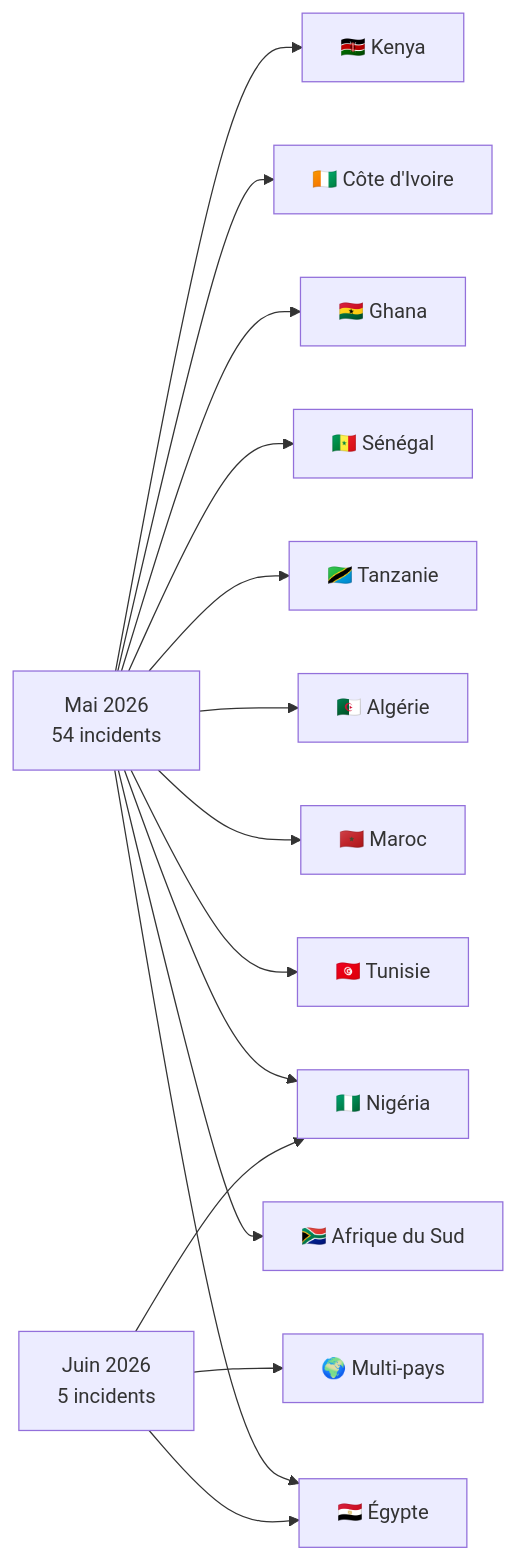
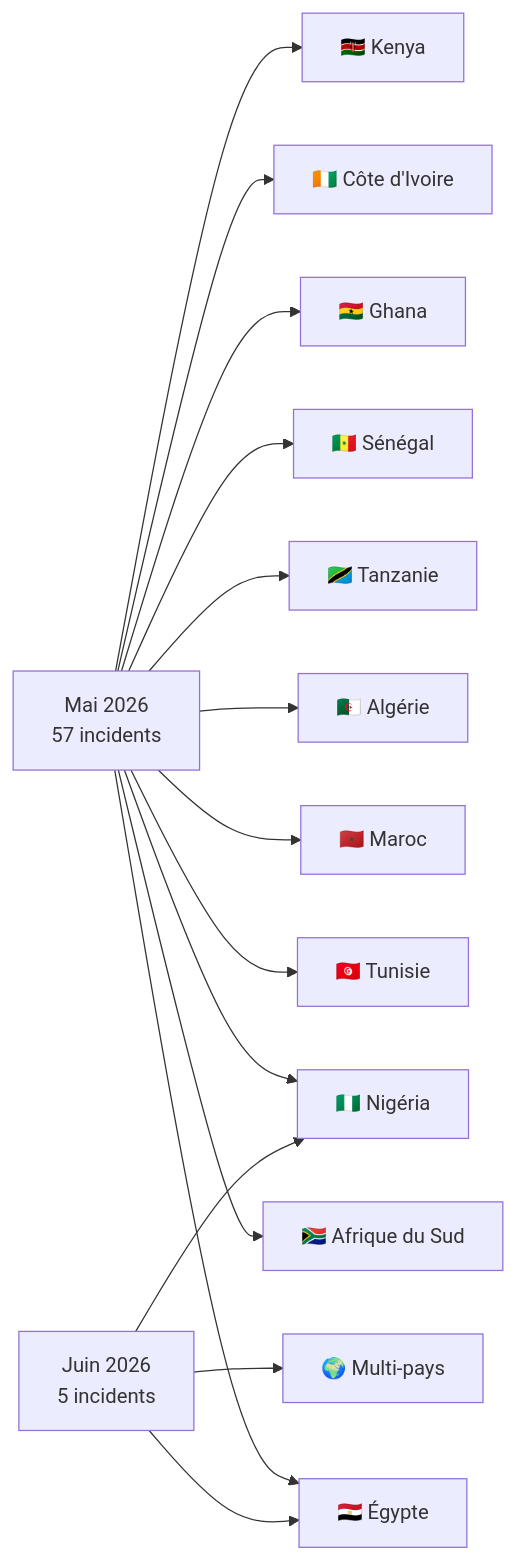
One commit to Hatchepsoute/AFRINTEL changed the fourth of 5 diagrams in comparison/2026/05-may-june/README_FR.md. Above: the diagram before and after it, drawn with Mermaid. The commit also changed other lines of this file and 28 other files, not shown here.

````diff
--- a/comparison/2026/05-may-june/README_FR.md
+++ b/comparison/2026/05-may-june/README_FR.md
@@ -66,35 +66,35 @@
 ```mermaid
 flowchart LR
 
-MAY["Mai 2026\n54 incidents"]
+MAY["Mai 2026\n57 incidents"]
 JUN["Juin 2026\n5 incidents"]
 
 EG["🇪🇬 Égypte"]
 ZA["🇿🇦 Afrique du Sud"]
 MA["🇲🇦 Maroc"]
 TN["🇹🇳 Tunisie"]
 NG["🇳🇬 Nigéria"]
 DZ["🇩🇿 Algérie"]
 TZ["🇹🇿 Tanzanie"]
 SN["🇸🇳 Sénégal"]
 GH["🇬🇭 Ghana"]
 CI["🇨🇮 Côte d'Ivoire"]
 KE["🇰🇪 Kenya"]
 MULTI["🌍 Multi-pays"]
 
 MAY --> EG
 MAY --> ZA
 MAY --> TN
 MAY --> MA
 MAY --> NG
 MAY --> DZ
 MAY --> TZ
 MAY --> SN
 MAY --> GH
 MAY --> CI
 MAY --> KE
 
 JUN --> EG
 JUN --> NG
 JUN --> MULTI
 ```
````
